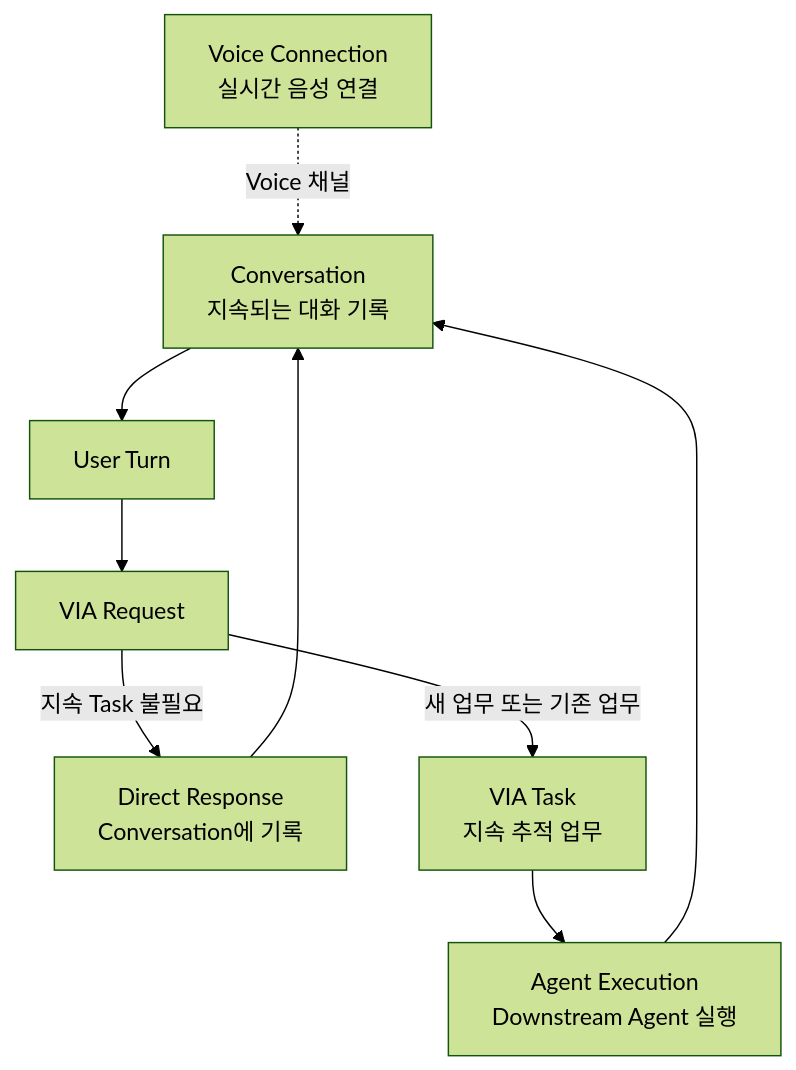
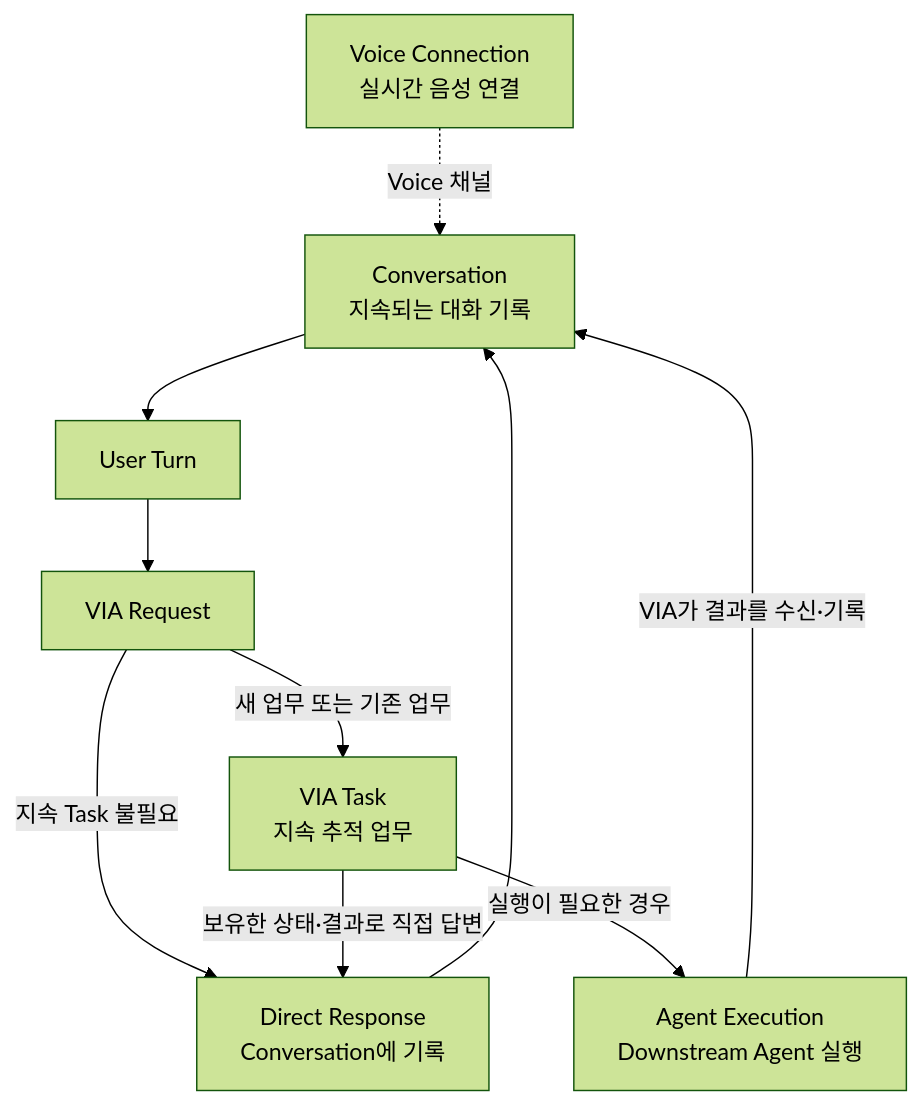
Before and after one commit to cbyche/via-sw-architecture: the second of 5 diagrams in docs/rebaseline/02-terms.md, drawn with Mermaid (forest theme). The commit also changed other lines of this file, not shown here.

````diff
--- a/docs/rebaseline/02-terms.md
+++ b/docs/rebaseline/02-terms.md
@@ -52,19 +53,20 @@
 ```mermaid
 flowchart TB
     VC["Voice Connection<br/>실시간 음성 연결"]
     C["Conversation<br/>지속되는 대화 기록"]
     UT["User Turn"]
     RQ["VIA Request"]
     DR["Direct Response<br/>Conversation에 기록"]
     T["VIA Task<br/>지속 추적 업무"]
     AE["Agent Execution<br/>Downstream Agent 실행"]
 
     VC -. "Voice 채널" .-> C
     C --> UT
     UT --> RQ
     RQ -->|"지속 Task 불필요"| DR
     DR --> C
     RQ -->|"새 업무 또는 기존 업무"| T
-    T --> AE
-    AE --> C
+    T -->|"실행이 필요한 경우"| AE
+    T -->|"보유한 상태·결과로 직접 답변"| DR
+    AE -->|"VIA가 결과를 수신·기록"| C
 ```
````
